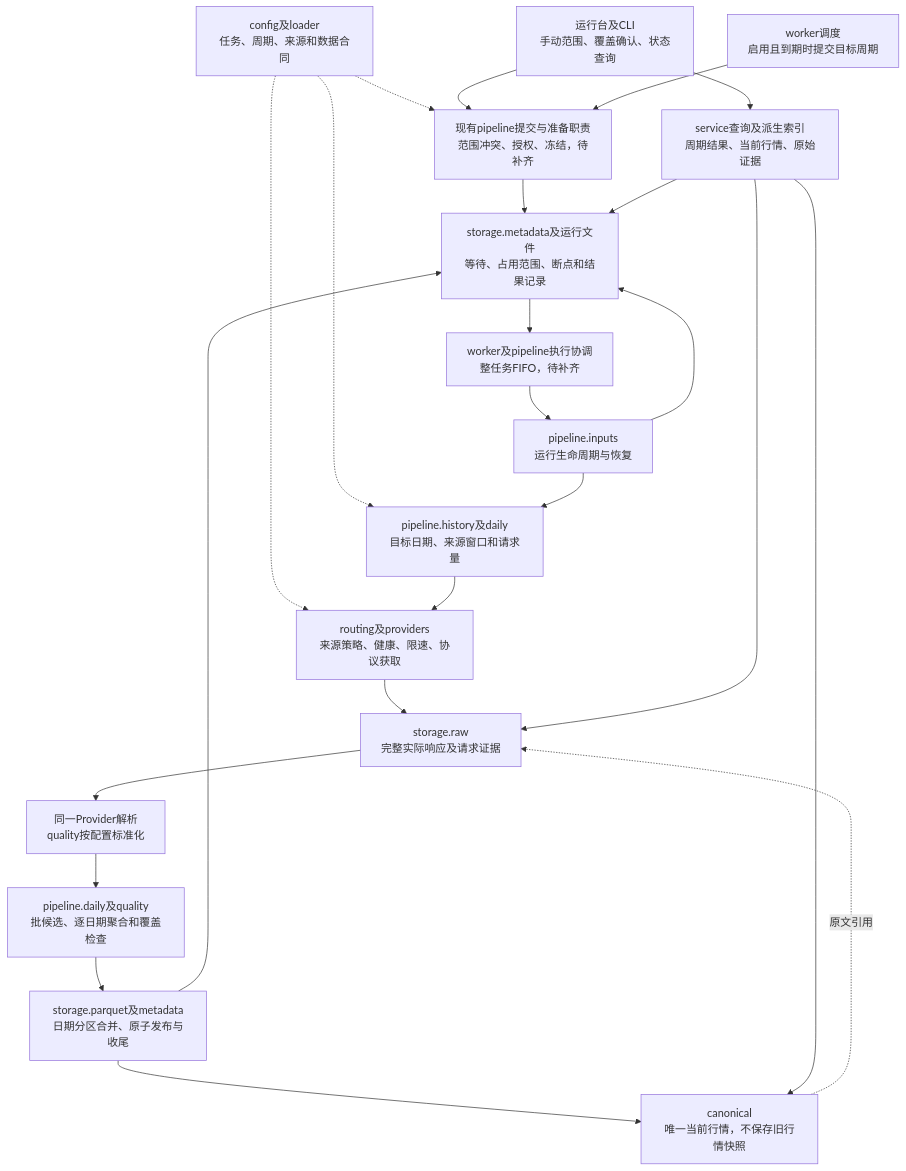
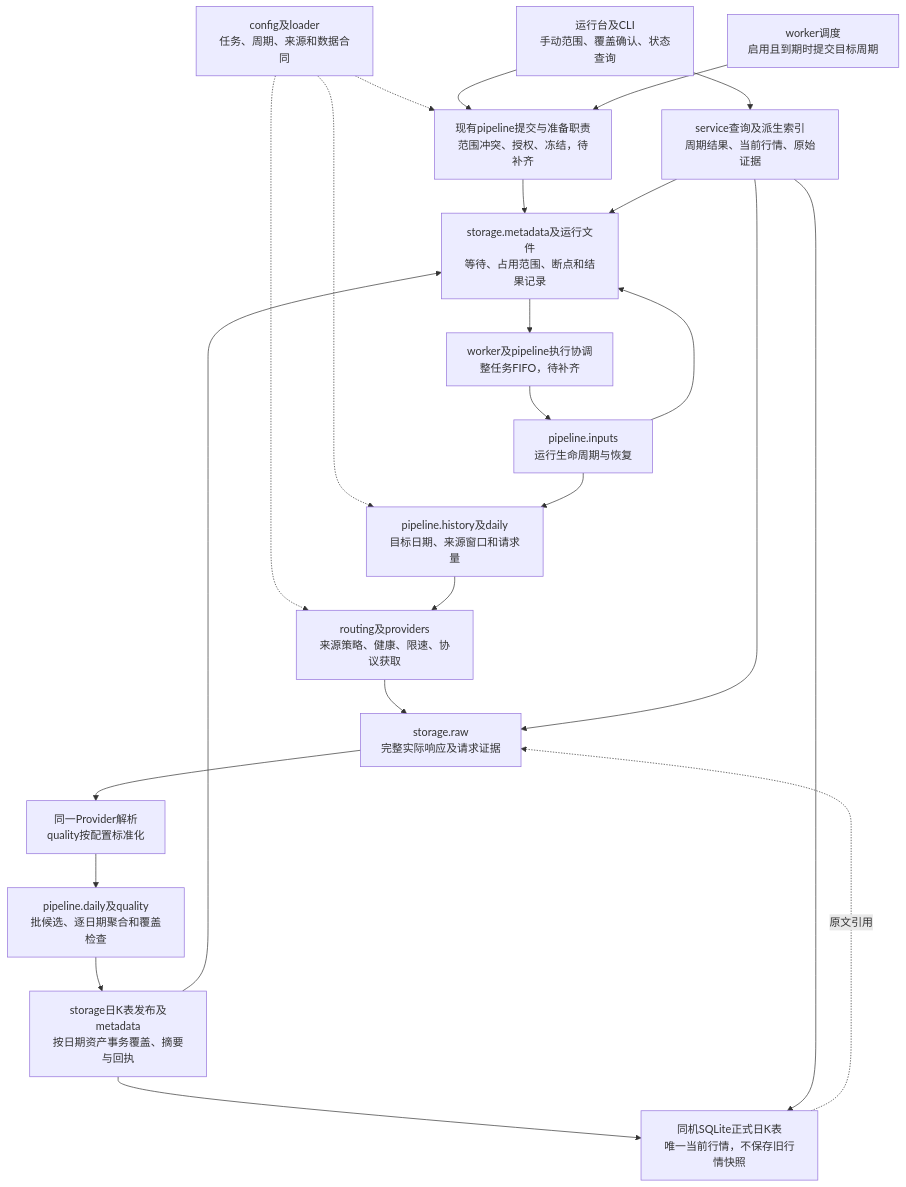
The first of 3 diagrams in STOCK_ANALYSIS_V2_MARKET_DATA_CENTER_ARCHITECTURE_V1.md (fewhg3yhjt/stock_data_manage), drawn with Mermaid before and after one commit. The commit also changed other lines of this file and 5 other files, not shown here.

````diff
--- a/STOCK_ANALYSIS_V2_MARKET_DATA_CENTER_ARCHITECTURE_V1.md
+++ b/STOCK_ANALYSIS_V2_MARKET_DATA_CENTER_ARCHITECTURE_V1.md
@@ -121,25 +121,25 @@
 ```mermaid
 flowchart TB
     CFG[config及loader<br/>任务、周期、来源和数据合同] -.-> SUB
     CFG -.-> PLAN
     CFG -.-> ACQ
     UI[运行台及CLI<br/>手动范围、覆盖确认、状态查询] --> SUB[现有pipeline提交与准备职责<br/>范围冲突、授权、冻结，待补齐]
     SCH[worker调度<br/>启用且到期时提交目标周期] --> SUB
     SUB --> META[storage.metadata及运行文件<br/>等待、占用范围、断点和结果记录]
     META --> FIFO[worker及pipeline执行协调<br/>整任务FIFO，待补齐]
     FIFO --> TASK[pipeline.inputs<br/>运行生命周期与恢复]
     TASK --> PLAN[pipeline.history及daily<br/>目标日期、来源窗口和请求量]
     PLAN --> ACQ[routing及providers<br/>来源策略、健康、限速、协议获取]
     ACQ --> RAW[storage.raw<br/>完整实际响应及请求证据]
     RAW --> PARSE[同一Provider解析<br/>quality按配置标准化]
     PARSE --> BUILD[pipeline.daily及quality<br/>批候选、逐日期聚合和覆盖检查]
-    BUILD --> PUB[storage.parquet及metadata<br/>日期分区合并、原子发布与收尾]
-    PUB --> CAN[canonical<br/>唯一当前行情，不保存旧行情快照]
+    BUILD --> PUB[storage日K表发布及metadata<br/>按日期资产事务覆盖、摘要与回执]
+    PUB --> CAN[同机SQLite正式日K表<br/>唯一当前行情，不保存旧行情快照]
     TASK --> META
     PUB --> META
     CAN -. 原文引用 .-> RAW
     UI --> QUERY[service查询及派生索引<br/>周期结果、当前行情、原始证据]
     QUERY --> CAN
     QUERY --> META
     QUERY --> RAW
 ```
````
